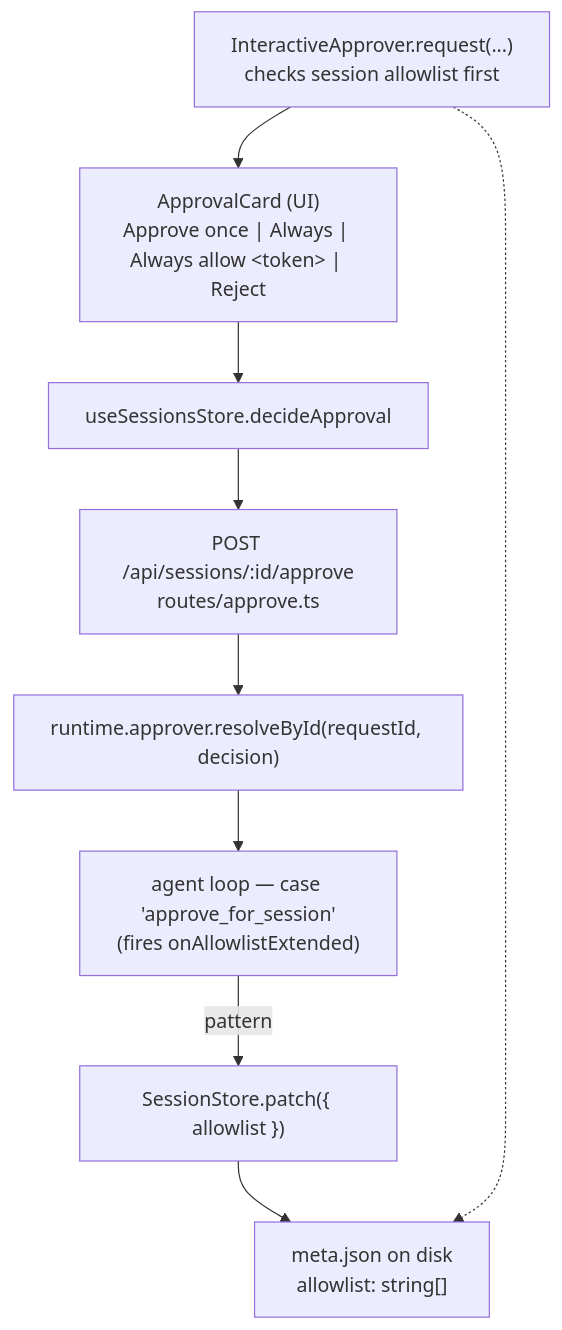
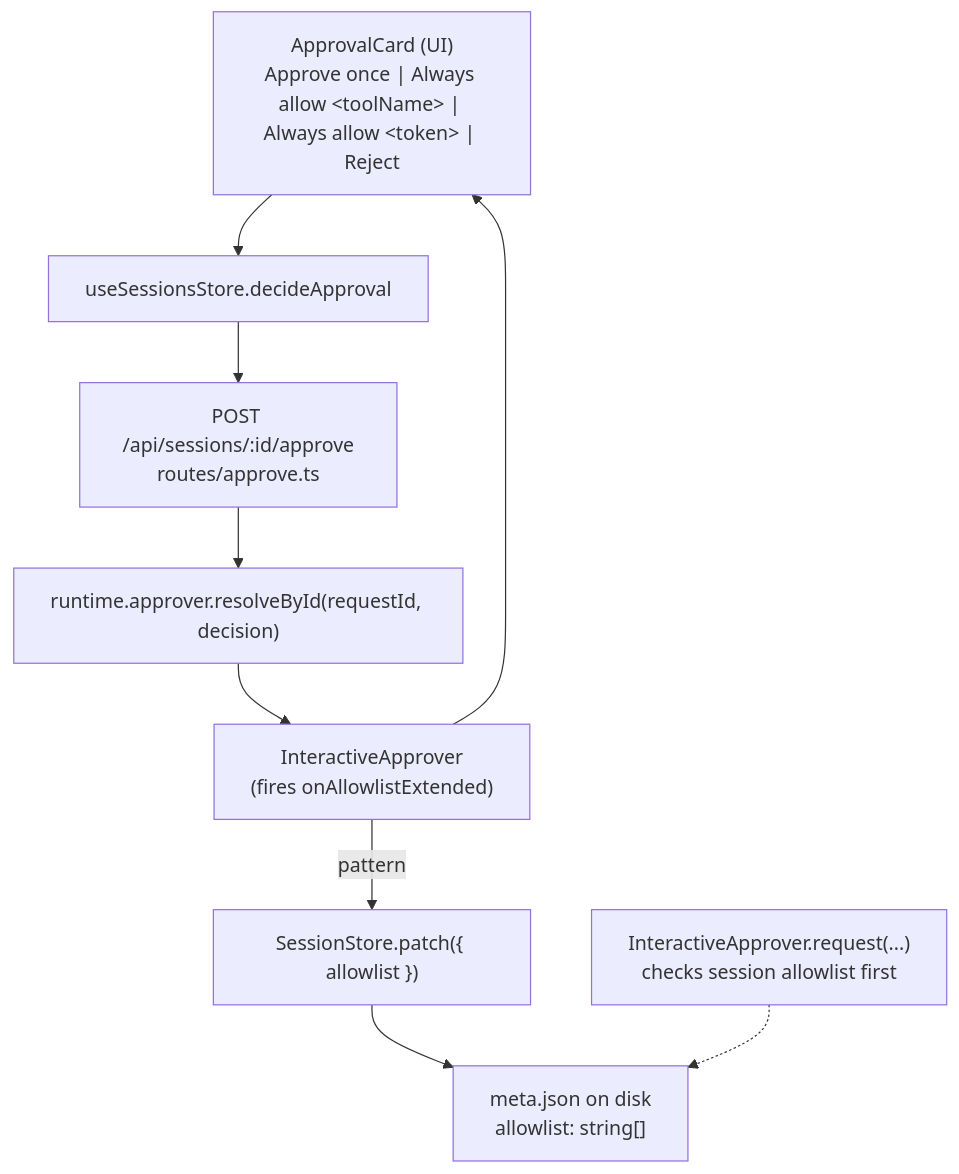
One commit to TahaNKhan/ComputerWorks changed the diagram in docs/specs/phase-18-pattern-approval/design.md. Above: the diagram before and after it, drawn with Mermaid. The commit also changed other lines of this file and 8 other files, not shown here.

First line of the commit message:
T18.2: server-side pattern matching + approver wiring

````diff
--- a/docs/specs/phase-18-pattern-approval/design.md
+++ b/docs/specs/phase-18-pattern-approval/design.md
@@ -9,16 +9,16 @@
 ```mermaid
 flowchart TB
-    Card["ApprovalCard (UI)<br/>Approve once | Always | Always allow &lt;token&gt; | Reject"]
+    Card["ApprovalCard (UI)<br/>Approve once | Always allow &lt;toolName&gt; | Always allow &lt;token&gt; | Reject"]
     Decide["useSessionsStore.decideApproval"]
     Route["POST /api/sessions/:id/approve<br/>routes/approve.ts"]
     Resolve["runtime.approver.resolveById(requestId, decision)"]
-    Loop["agent loop — case 'approve_for_session'<br/>(fires onAllowlistExtended)"]
+    Approver["InteractiveApprover<br/>(fires onAllowlistExtended)"]
     Store["SessionStore.patch({ allowlist })"]
-    Approver["InteractiveApprover.request(...)<br/>checks session allowlist first"]
+    Match["InteractiveApprover.request(...)<br/>checks session allowlist first"]
     Persist["meta.json on disk<br/>allowlist: string[]"]
 
-    Card --> Decide --> Route --> Resolve --> Loop
-    Loop -- "pattern" --> Store --> Persist
-    Approver -.-> Persist
+    Card --> Decide --> Route --> Resolve --> Approver
+    Approver -- "pattern" --> Store --> Persist
+    Match -.-> Persist
     Approver --> Card
 ```
````
